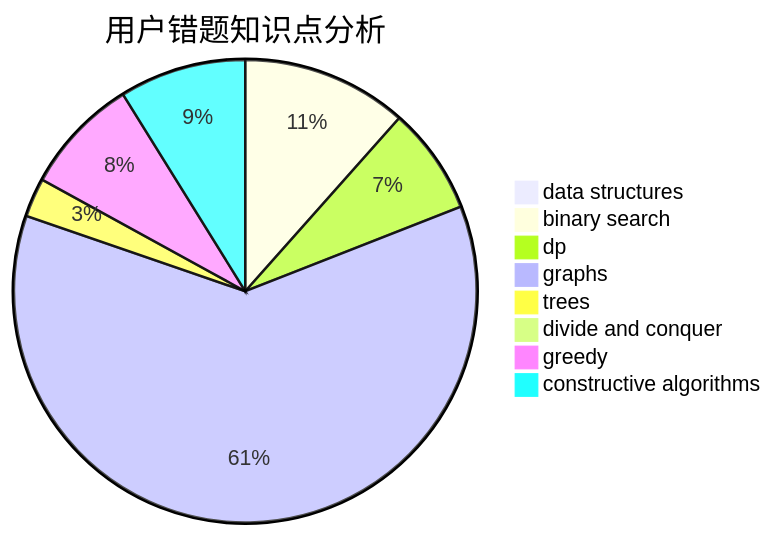
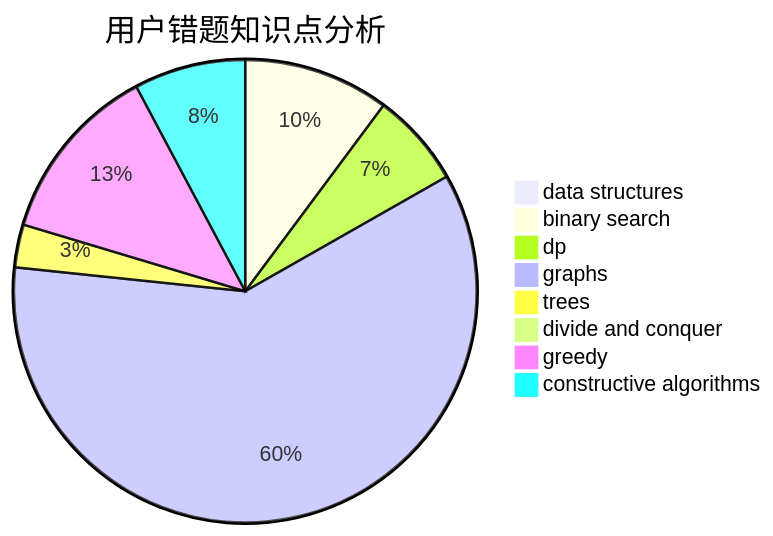
The third of 3 diagrams in docs/user/u2170.md (sherpahu/cfrs.github.io), drawn with Mermaid before and after one commit. The commit also changed other lines of this file and 2770 other files, not shown here.

````diff
--- a/docs/user/u2170.md
+++ b/docs/user/u2170.md
@@ -36,11 +36,11 @@
 ```mermaid
 pie title 用户错题知识点分析
     "data structures" :  1
     "binary search" :  17
     "dp" :  11
-    "graphs" :  90
-    "trees" :  4
+    "graphs" :  100
+    "trees" :  5
     "divide and conquer" :  0
-    "greedy" :  12
+    "greedy" :  21
     "constructive algorithms" :  13
 ```
````
